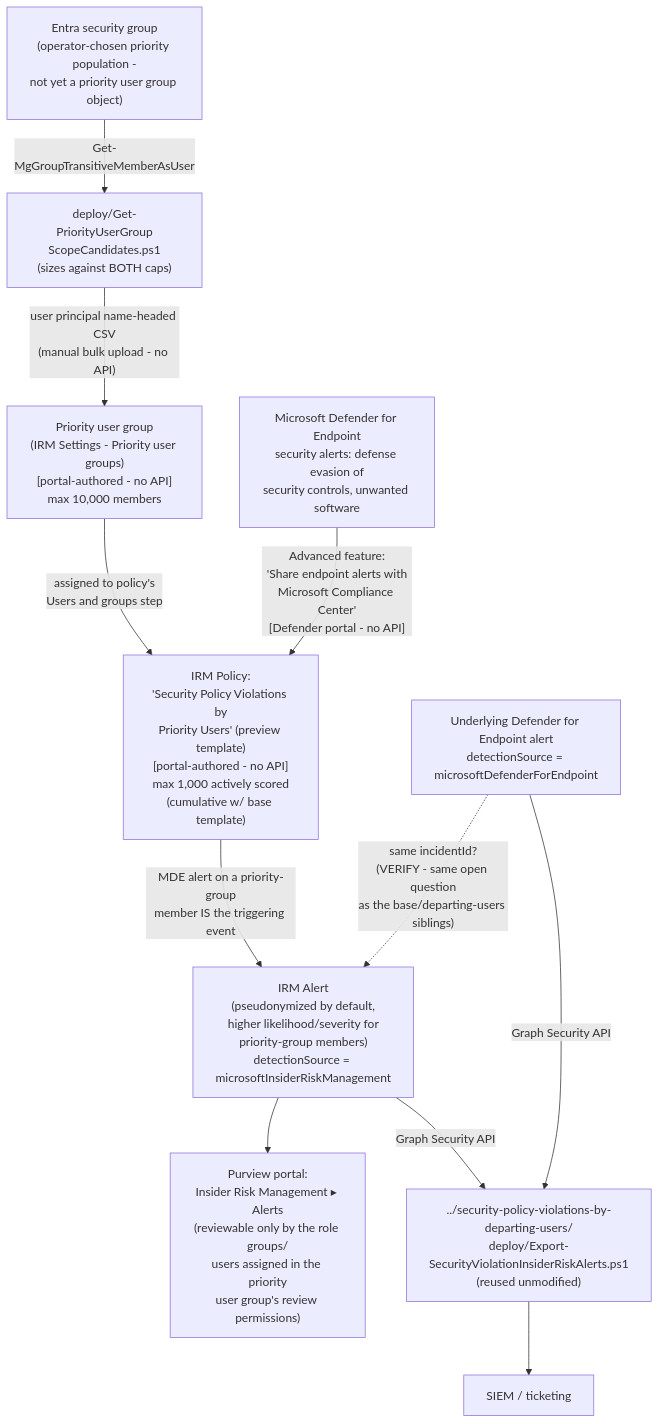
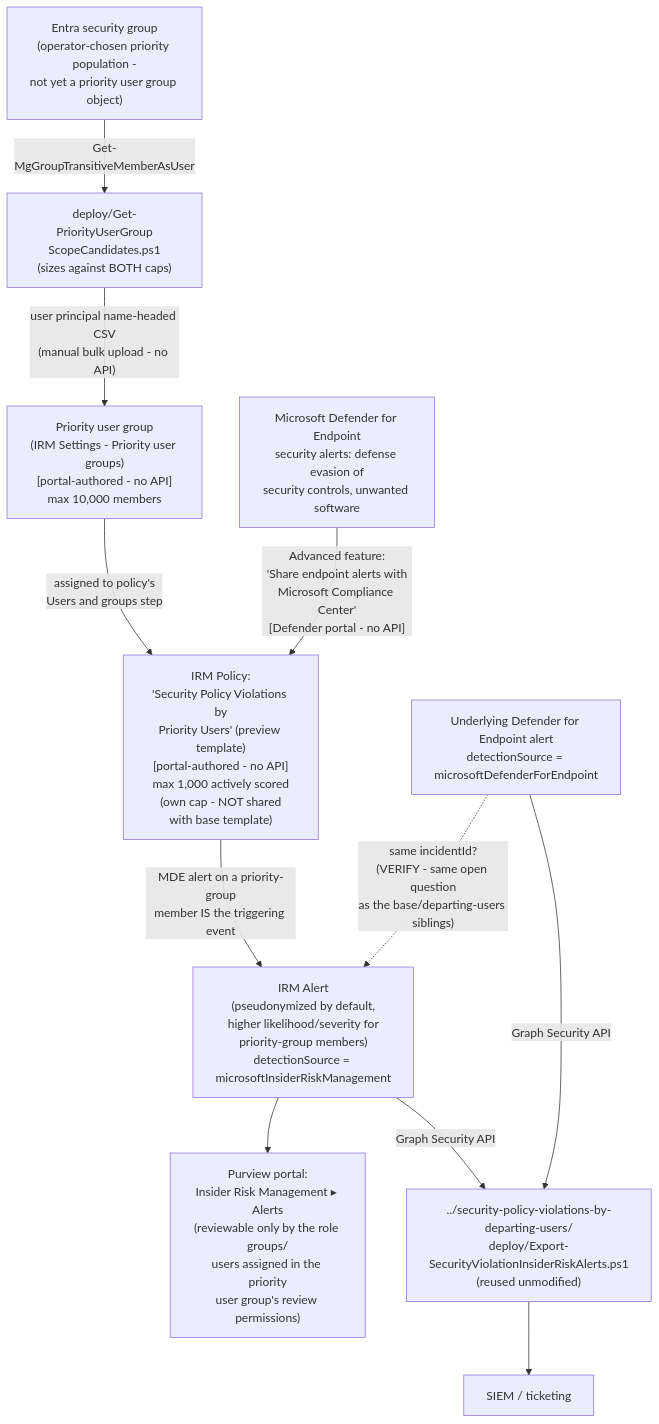
One commit to kpsec1/purview-scenario-library changed the diagram in scenarios/insider-risk/security-policy-violations-by-priority-users/design.md. Above: the diagram before and after it, drawn with Mermaid. The commit also changed other lines of this file and 3 other files, not shown here.

````diff
--- a/scenarios/insider-risk/security-policy-violations-by-priority-users/design.md
+++ b/scenarios/insider-risk/security-policy-violations-by-priority-users/design.md
@@ -101,13 +106,13 @@
 ```mermaid
 flowchart TD
     Group["Entra security group\n(operator-chosen priority population -\nnot yet a priority user group object)"] -->|"Get-MgGroupTransitiveMemberAsUser"| Script["deploy/Get-PriorityUserGroup\nScopeCandidates.ps1\n(sizes against BOTH caps)"]
     Script -->|"user principal name-headed CSV\n(manual bulk upload - no API)"| PUG["Priority user group\n(IRM Settings - Priority user groups)\n[portal-authored - no API]\nmax 10,000 members"]
-    PUG -->|"assigned to policy's\nUsers and groups step"| Policy["IRM Policy:\n'Security Policy Violations by\nPriority Users' (preview template)\n[portal-authored - no API]\nmax 1,000 actively scored\n(cumulative w/ base template)"]
+    PUG -->|"assigned to policy's\nUsers and groups step"| Policy["IRM Policy:\n'Security Policy Violations by\nPriority Users' (preview template)\n[portal-authored - no API]\nmax 1,000 actively scored\n(own cap - NOT shared\nwith base template)"]
     MDE["Microsoft Defender for Endpoint\nsecurity alerts: defense evasion of\nsecurity controls, unwanted software"] -->|"Advanced feature:\n'Share endpoint alerts with\nMicrosoft Compliance Center'\n[Defender portal - no API]"| Policy
     Policy -->|"MDE alert on a priority-group\nmember IS the triggering event"| Alert["IRM Alert\n(pseudonymized by default,\nhigher likelihood/severity for\npriority-group members)\ndetectionSource = microsoftInsiderRiskManagement"]
     MDEAlert["Underlying Defender for Endpoint alert\ndetectionSource = microsoftDefenderForEndpoint"] -.->|"same incidentId?\n(VERIFY - same open question\nas the base/departing-users siblings)"| Alert
     Alert --> Dashboard["Purview portal:\nInsider Risk Management ▸ Alerts\n(reviewable only by the role groups/\nusers assigned in the priority\nuser group's review permissions)"]
     Alert -->|"Graph Security API"| Export["../security-policy-violations-by-departing-users/\ndeploy/Export-SecurityViolationInsiderRiskAlerts.ps1\n(reused unmodified)"]
     MDEAlert -->|"Graph Security API"| Export
     Export --> SIEM["SIEM / ticketing"]
 ```
````
